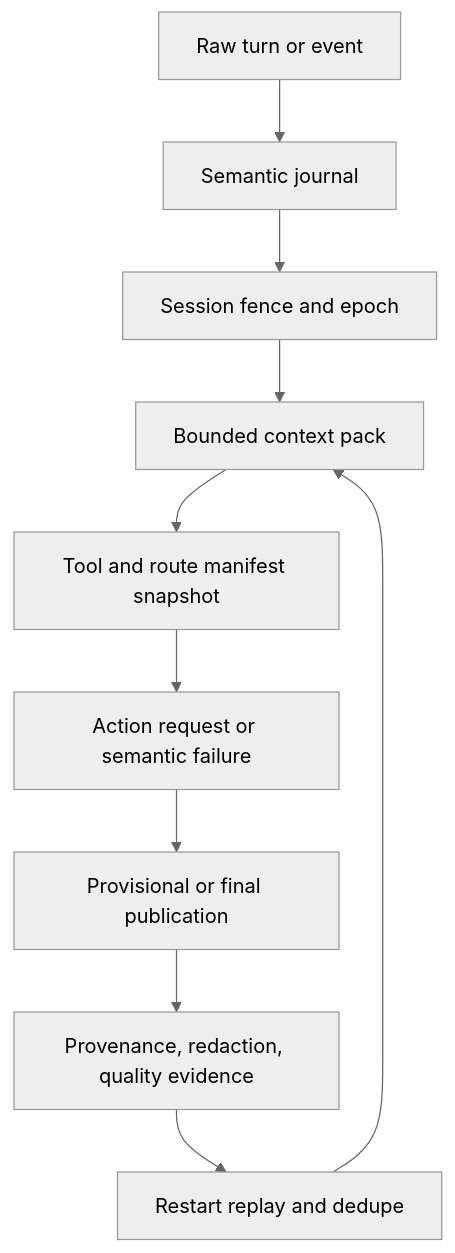
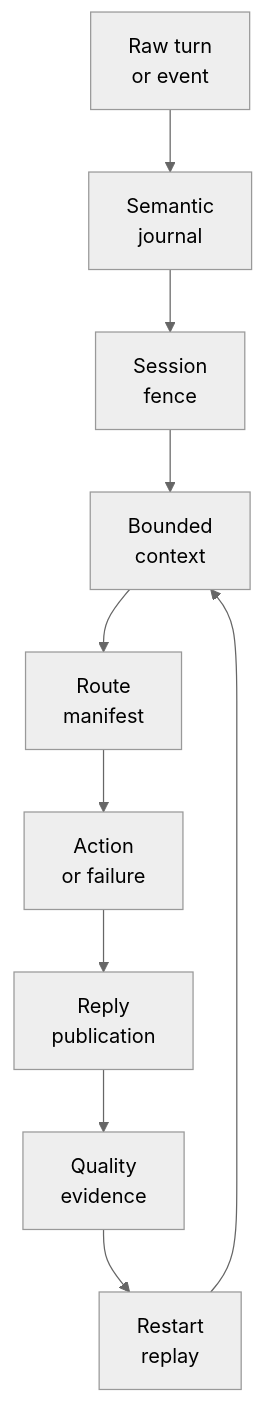
The first of 2 diagrams in README.md (nshkrdotcom/outer_brain), drawn with Mermaid (neutral theme) before and after one commit. The commit also changed other lines of this file, not shown here.

Commit message:
docs: wrap README Mermaid labels

````diff
--- a/README.md
+++ b/README.md
@@ -110,12 +110,12 @@
 ```mermaid
 flowchart TD
-  Input["Raw turn or event"] --> Journal["Semantic journal"]
-  Journal --> Fence["Session fence and epoch"]
-  Fence --> Context["Bounded context pack"]
-  Context --> Manifest["Tool and route manifest snapshot"]
-  Manifest --> Action["Action request or semantic failure"]
-  Action --> Publication["Provisional or final publication"]
-  Publication --> Evidence["Provenance, redaction, quality evidence"]
-  Evidence --> Restart["Restart replay and dedupe"]
+  Input["Raw turn<br/>or event"] --> Journal["Semantic<br/>journal"]
+  Journal --> Fence["Session<br/>fence"]
+  Fence --> Context["Bounded<br/>context"]
+  Context --> Manifest["Route<br/>manifest"]
+  Manifest --> Action["Action<br/>or failure"]
+  Action --> Publication["Reply<br/>publication"]
+  Publication --> Evidence["Quality<br/>evidence"]
+  Evidence --> Restart["Restart<br/>replay"]
   Restart --> Context
 ```
````
